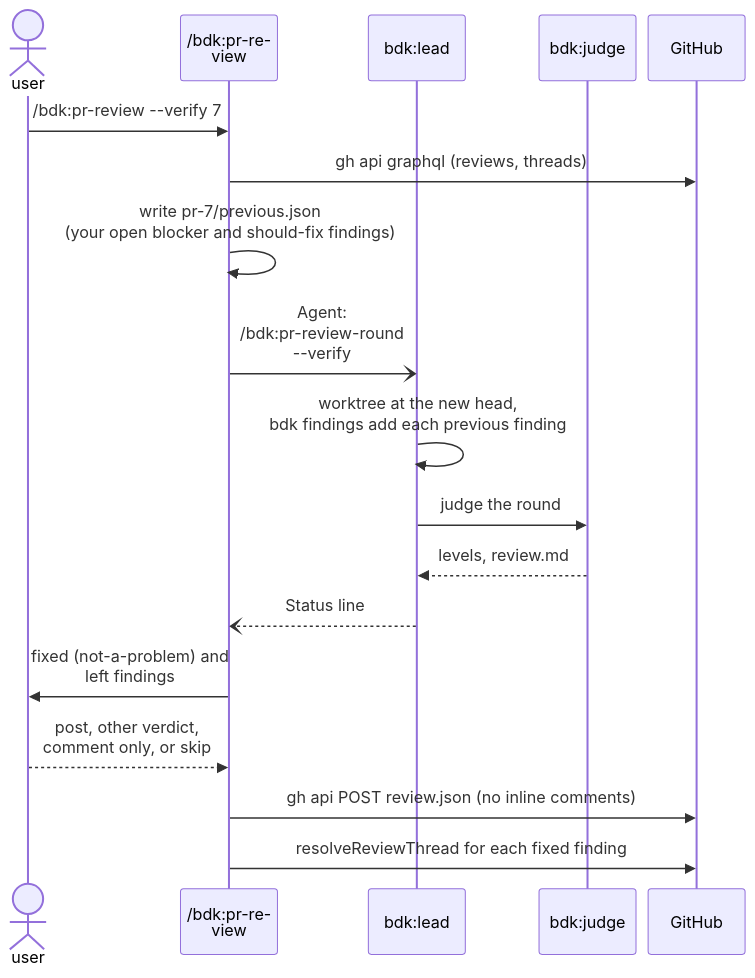
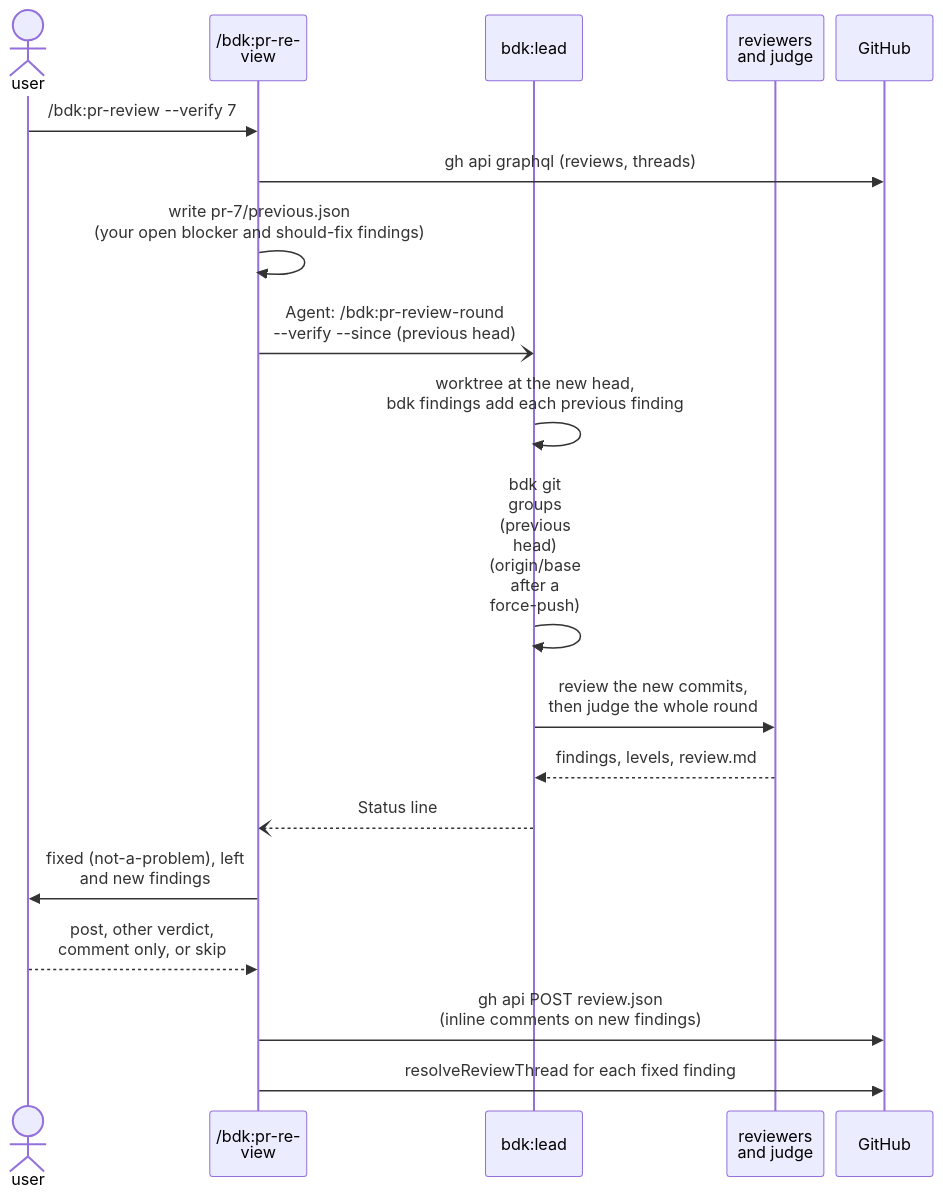
Before and after one commit to broneq/bdk: diagram 14 of 15 in docs/concepts/orchestrators.md, drawn with Mermaid. The commit also changed other lines of this file and 38 other files, not shown here.

First line of the commit message:
feat(bdk): review the commits since the previous review in /bdk:pr-review --verify

````diff
--- a/docs/concepts/orchestrators.md
+++ b/docs/concepts/orchestrators.md
@@ -301,21 +301,22 @@
 ```mermaid
 %%{init: {"sequence": {"actorMargin": 12, "width": 96, "noteMargin": 6, "wrap": true}}}%%
 sequenceDiagram
   actor U as user
   participant M as /bdk:pr-review
   participant L as bdk:lead
-  participant J as bdk:judge
+  participant R as reviewers<br/>and judge
   participant G as GitHub
   U->>M: /bdk:pr-review --verify 7
   M->>G: gh api graphql (reviews, threads)
   M->>M: write pr-7/previous.json<br/>(your open blocker and should-fix findings)
-  M-)L: Agent: /bdk:pr-review-round --verify
+  M-)L: Agent: /bdk:pr-review-round<br/>--verify --since (previous head)
   L->>L: worktree at the new head,<br/>bdk findings add each previous finding
-  L->>J: judge the round
-  J-->>L: levels, review.md
+  L->>L: bdk git groups (previous head)<br/>(origin/base after a force-push)
+  L->>R: review the new commits,<br/>then judge the whole round
+  R-->>L: findings, levels, review.md
   L--)M: Status line
-  M->>U: fixed (not-a-problem) and left findings
+  M->>U: fixed (not-a-problem), left<br/>and new findings
   U-->>M: post, other verdict,<br/>comment only, or skip
-  M->>G: gh api POST review.json (no inline comments)
+  M->>G: gh api POST review.json<br/>(inline comments on new findings)
   M->>G: resolveReviewThread for each fixed finding
 ```
````
